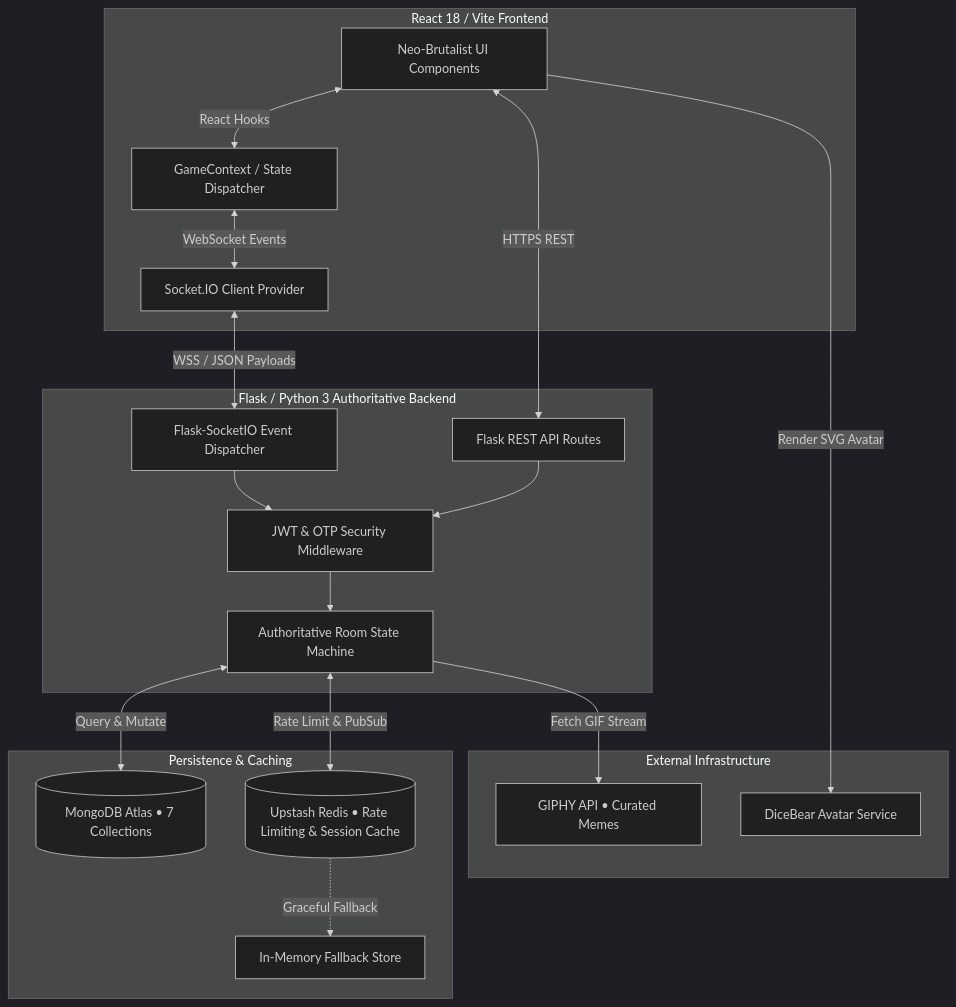
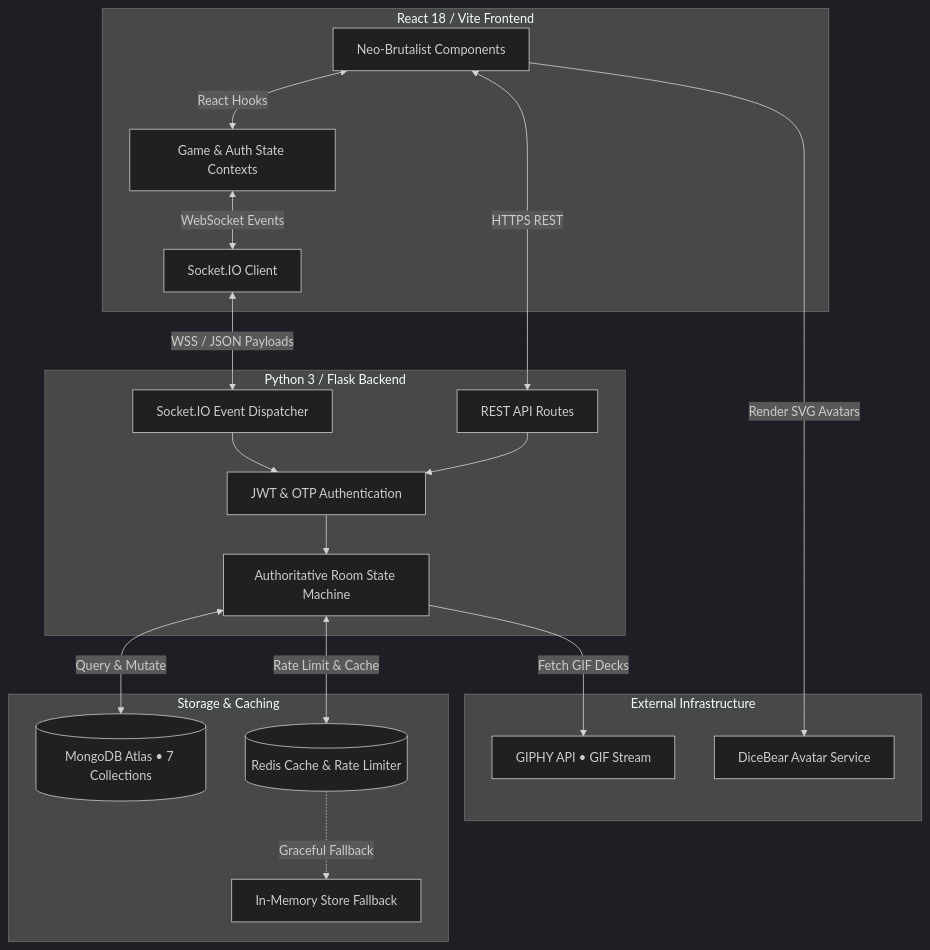
The second of 2 diagrams in README.md (subhash-22-codes/MemeGame), drawn with Mermaid (dark theme) before and after one commit. The commit also changed other lines of this file, not shown here.

````diff
--- a/README.md
+++ b/README.md
@@ -157,41 +94,41 @@
 ```mermaid
 graph TD
     subgraph Client [React 18 / Vite Frontend]
-        UI[Neo-Brutalist UI Components]
-        GC[GameContext / State Dispatcher]
-        SC[Socket.IO Client Provider]
+        UI[Neo-Brutalist Components]
+        CTX[Game & Auth State Contexts]
+        WS_CLIENT[Socket.IO Client]
     end
 
     subgraph CDN [External Infrastructure]
-        GIPHY[GIPHY API • Curated Memes]
-        AVATAR[DiceBear Avatar Service]
+        GIPHY[GIPHY API • GIF Stream]
+        AVATARS[DiceBear Avatar Service]
     end
 
-    subgraph Server [Flask / Python 3 Authoritative Backend]
-        REST[Flask REST API Routes]
-        SIO[Flask-SocketIO Event Dispatcher]
-        AUTH[JWT & OTP Security Middleware]
-        STATE[Authoritative Room State Machine]
+    subgraph Server [Python 3 / Flask Backend]
+        REST_API[REST API Routes]
+        WS_SERVER[Socket.IO Event Dispatcher]
+        SECURITY[JWT & OTP Authentication]
+        ROOM_STATE[Authoritative Room State Machine]
     end
 
-    subgraph Storage [Persistence & Caching]
+    subgraph Persistence [Storage & Caching]
         MONGO[(MongoDB Atlas • 7 Collections)]
-        REDIS[(Upstash Redis • Rate Limiting & Session Cache)]
-        LOCAL[In-Memory Fallback Store]
+        REDIS[(Redis Cache & Rate Limiter)]
+        FALLBACK[In-Memory Store Fallback]
     end
 
-    UI <-->|React Hooks| GC
-    GC <-->|WebSocket Events| SC
-    SC <-->|WSS / JSON Payloads| SIO
-    UI <-->|HTTPS REST| REST
+    UI <-->|React Hooks| CTX
+    CTX <-->|WebSocket Events| WS_CLIENT
+    WS_CLIENT <-->|WSS / JSON Payloads| WS_SERVER
+    UI <-->|HTTPS REST| REST_API
     
-    SIO --> AUTH
-    REST --> AUTH
-    AUTH --> STATE
-    STATE <-->|Query & Mutate| MONGO
-    STATE <-->|Rate Limit & PubSub| REDIS
-    REDIS -.->|Graceful Fallback| LOCAL
+    WS_SERVER --> SECURITY
+    REST_API --> SECURITY
+    SECURITY --> ROOM_STATE
+    ROOM_STATE <-->|Query & Mutate| MONGO
+    ROOM_STATE <-->|Rate Limit & Cache| REDIS
+    REDIS -.->|Graceful Fallback| FALLBACK
     
-    STATE -->|Fetch GIF Stream| GIPHY
-    UI -->|Render SVG Avatar| AVATAR
+    ROOM_STATE -->|Fetch GIF Decks| GIPHY
+    UI -->|Render SVG Avatars| AVATARS
 ```
````
